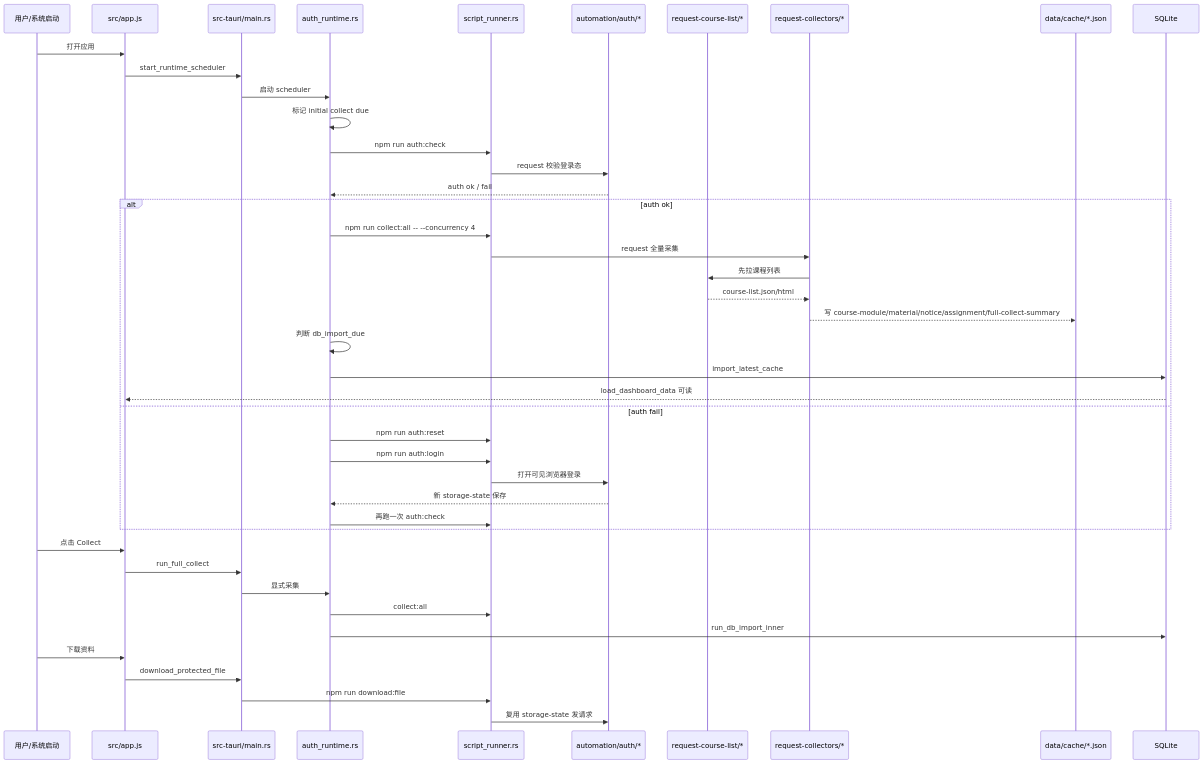
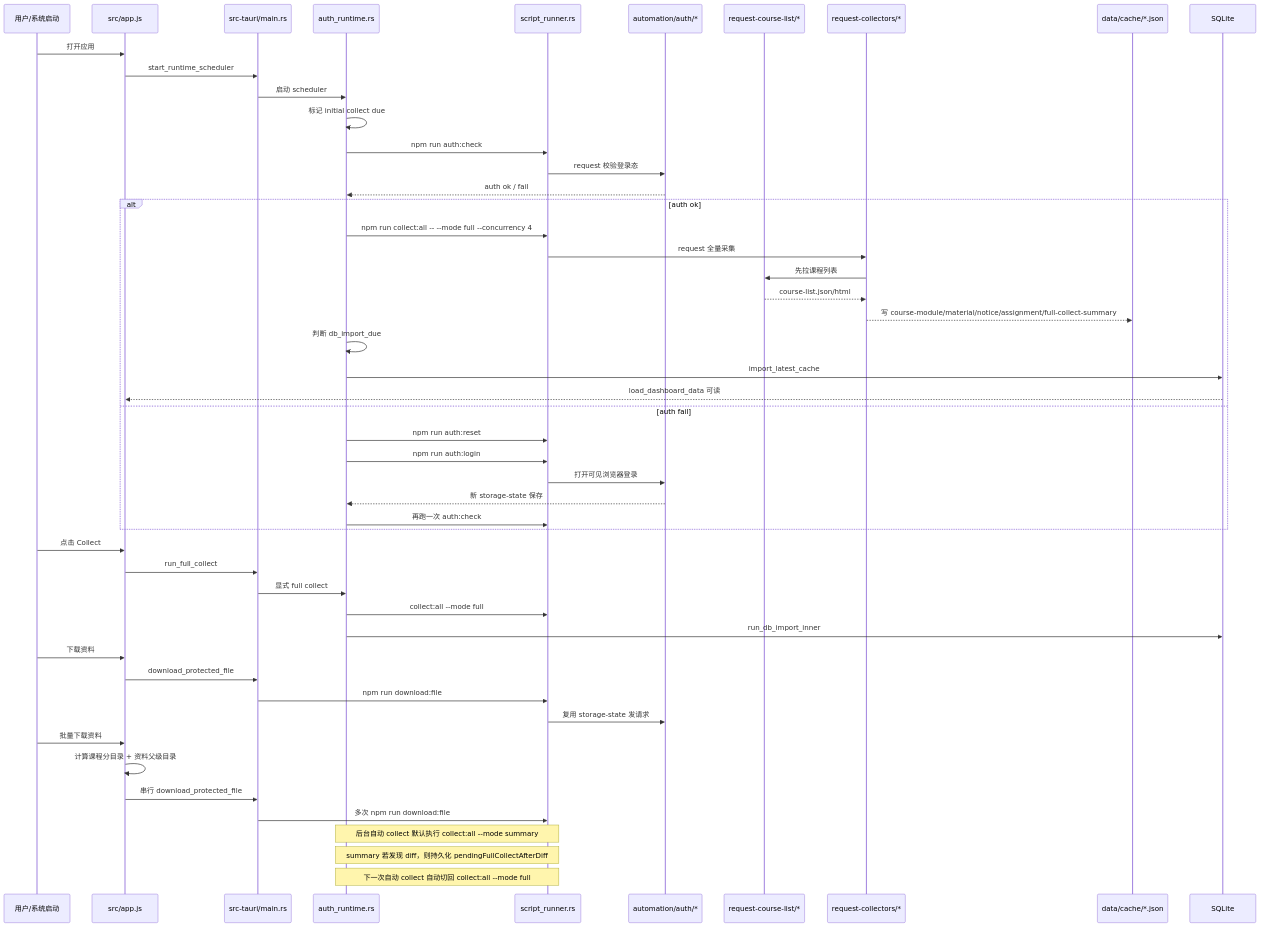
The second of 2 diagrams in docs/program-map.md (Chengyue-Lu/UCAS-Classer), drawn with Mermaid before and after one commit. The commit also changed other lines of this file and 10 other files, not shown here.

````diff
--- a/docs/program-map.md
+++ b/docs/program-map.md
@@ -100,49 +102,58 @@
 ```mermaid
 sequenceDiagram
   participant U as 用户/系统启动
   participant FE as src/app.js
   participant TA as src-tauri/main.rs
   participant RT as auth_runtime.rs
   participant SR as script_runner.rs
   participant AU as automation/auth/*
   participant RC as request-course-list/*
   participant CL as request-collectors/*
   participant CA as data/cache/*.json
   participant DB as SQLite
 
   U->>FE: 打开应用
   FE->>TA: start_runtime_scheduler
   TA->>RT: 启动 scheduler
   RT->>RT: 标记 initial collect due
   RT->>SR: npm run auth:check
   SR->>AU: request 校验登录态
   AU-->>RT: auth ok / fail
 
   alt auth ok
-    RT->>SR: npm run collect:all -- --concurrency 4
+    RT->>SR: npm run collect:all -- --mode full --concurrency 4
     SR->>CL: request 全量采集
     CL->>RC: 先拉课程列表
     RC-->>CL: course-list.json/html
     CL-->>CA: 写 course-module/material/notice/assignment/full-collect-summary
     RT->>RT: 判断 db_import_due
     RT->>DB: import_latest_cache
     DB-->>FE: load_dashboard_data 可读
   else auth fail
     RT->>SR: npm run auth:reset
     RT->>SR: npm run auth:login
     SR->>AU: 打开可见浏览器登录
     AU-->>RT: 新 storage-state 保存
     RT->>SR: 再跑一次 auth:check
   end
 
   U->>FE: 点击 Collect
   FE->>TA: run_full_collect
-  TA->>RT: 显式采集
-  RT->>SR: collect:all
+  TA->>RT: 显式 full collect
+  RT->>SR: collect:all --mode full
   RT->>DB: run_db_import_inner
 
   U->>FE: 下载资料
   FE->>TA: download_protected_file
   TA->>SR: npm run download:file
   SR->>AU: 复用 storage-state 发请求
+
+  U->>FE: 批量下载资料
+  FE->>FE: 计算课程分目录 + 资料父级目录
+  FE->>TA: 串行 download_protected_file
+  TA->>SR: 多次 npm run download:file
+
+  Note over RT,SR: 后台自动 collect 默认执行 collect:all --mode summary
+  Note over RT,SR: summary 若发现 diff，则持久化 pendingFullCollectAfterDiff
+  Note over RT,SR: 下一次自动 collect 自动切回 collect:all --mode full
 ```
````
